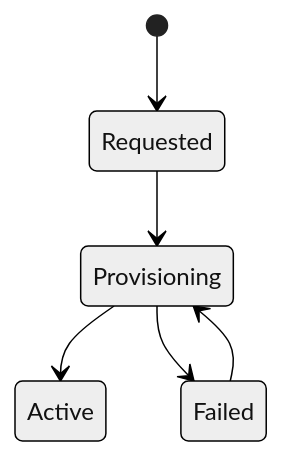
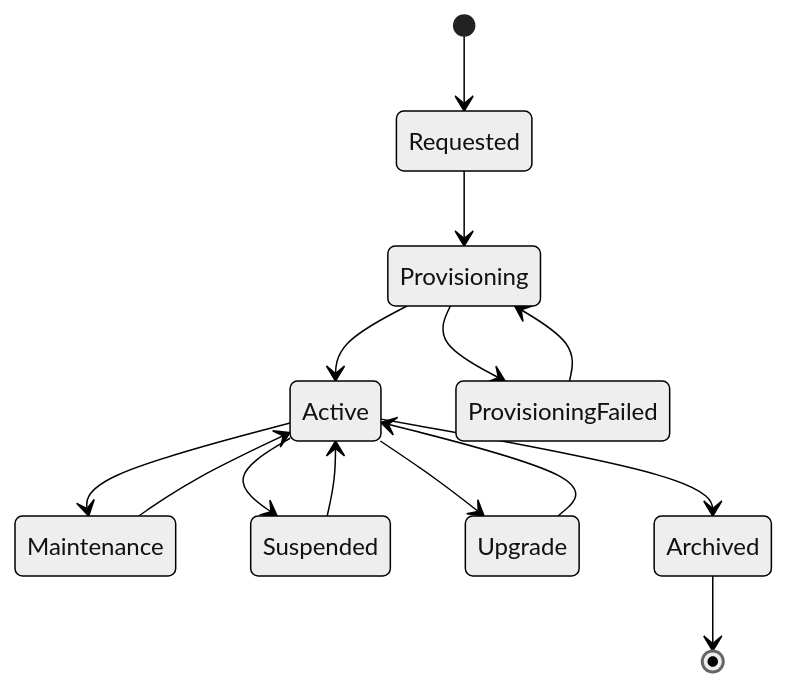
Before and after one commit to Varad1604/ERP_hark: the tenth of 42 diagrams in architecture/L1_Business_Domain_Architecture/SutraERP_L1_Business_Domain_Architecture_Locked.md, drawn with Mermaid (neutral theme). The commit also changed other lines of this file and 2 other files, not shown here.

````diff
--- a/architecture/L1_Business_Domain_Architecture/SutraERP_L1_Business_Domain_Architecture_Locked.md
+++ b/architecture/L1_Business_Domain_Architecture/SutraERP_L1_Business_Domain_Architecture_Locked.md
@@ -940,13 +943,29 @@
 ```mermaid
 stateDiagram-v2
 
 [*] --> Requested
 
 Requested --> Provisioning
 
 Provisioning --> Active
 
-Provisioning --> Failed
+Provisioning --> ProvisioningFailed
 
-Failed --> Provisioning
+ProvisioningFailed --> Provisioning
+
+Active --> Maintenance
+
+Maintenance --> Active
+
+Active --> Suspended
+
+Suspended --> Active
+
+Active --> Upgrade
+
+Upgrade --> Active
+
+Active --> Archived
+
+Archived --> [*]
 ```
````
